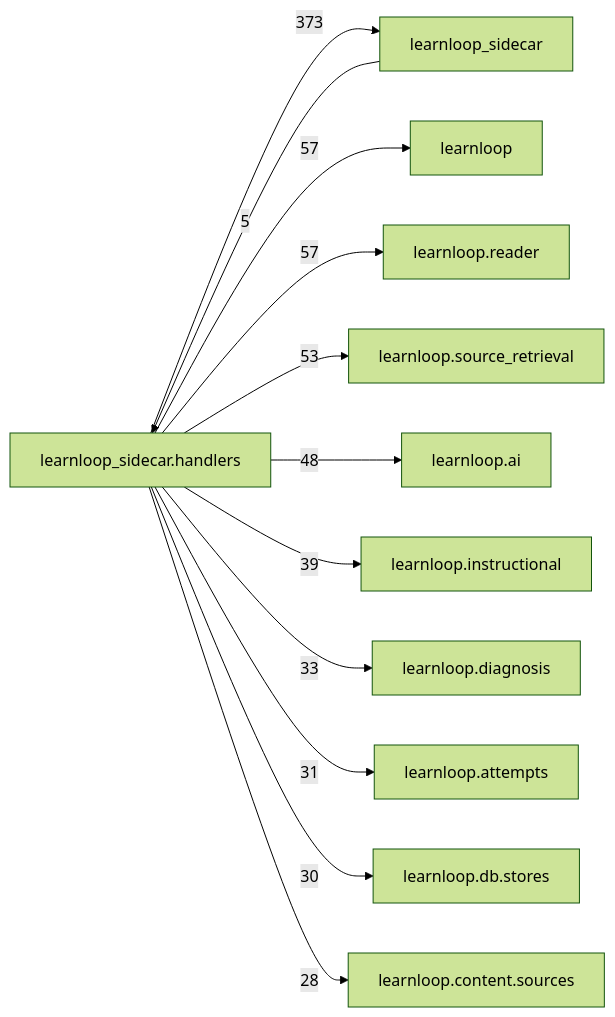
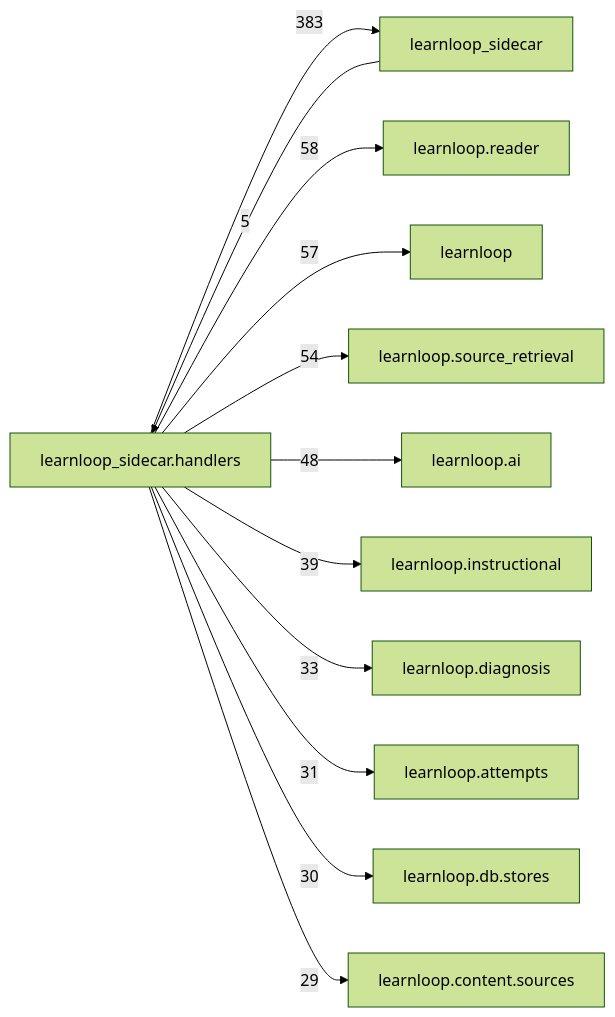
Before and after one commit to 6up-b/learnanything: the diagram in docs/learnloop-architecture-vault/Reference/Modules/learnloop_sidecar/handlers/_package.md, drawn with Mermaid (forest theme). The commit also changed other lines of this file and 188 other files, not shown here.

````diff
--- a/docs/learnloop-architecture-vault/Reference/Modules/learnloop_sidecar/handlers/_package.md
+++ b/docs/learnloop-architecture-vault/Reference/Modules/learnloop_sidecar/handlers/_package.md
@@ -287,25 +287,25 @@
 ```mermaid
 flowchart LR
     center["learnloop_sidecar.handlers"]
     n_learnloop_sidecar["learnloop_sidecar"]
+    n_learnloop_reader["learnloop.reader"]
     n_learnloop["learnloop"]
-    n_learnloop_reader["learnloop.reader"]
     n_learnloop_source_retrieval["learnloop.source_retrieval"]
     n_learnloop_ai["learnloop.ai"]
     n_learnloop_instructional["learnloop.instructional"]
     n_learnloop_diagnosis["learnloop.diagnosis"]
     n_learnloop_attempts["learnloop.attempts"]
     n_learnloop_db_stores["learnloop.db.stores"]
     n_learnloop_content_sources["learnloop.content.sources"]
     n_learnloop_sidecar -->|5| center
-    center -->|373| n_learnloop_sidecar
+    center -->|383| n_learnloop_sidecar
+    center -->|58| n_learnloop_reader
     center -->|57| n_learnloop
-    center -->|57| n_learnloop_reader
-    center -->|53| n_learnloop_source_retrieval
+    center -->|54| n_learnloop_source_retrieval
     center -->|48| n_learnloop_ai
     center -->|39| n_learnloop_instructional
     center -->|33| n_learnloop_diagnosis
     center -->|31| n_learnloop_attempts
     center -->|30| n_learnloop_db_stores
-    center -->|28| n_learnloop_content_sources
+    center -->|29| n_learnloop_content_sources
 ```
````
